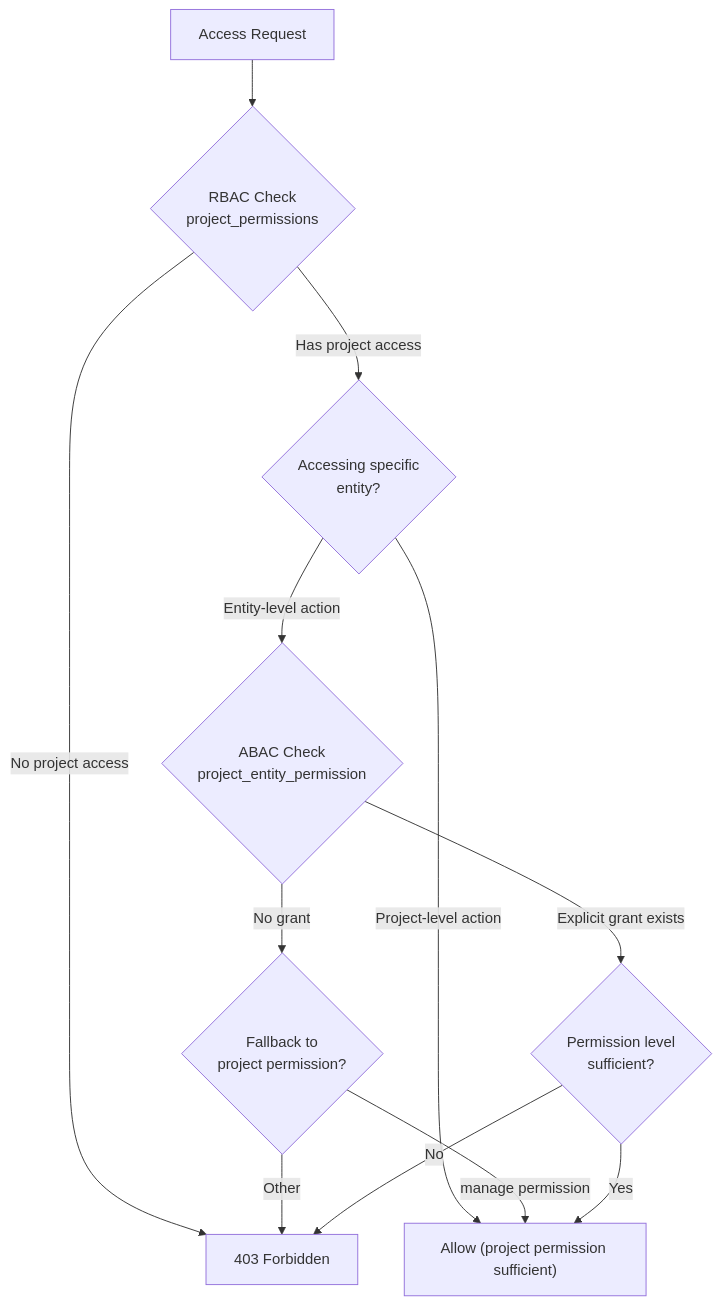
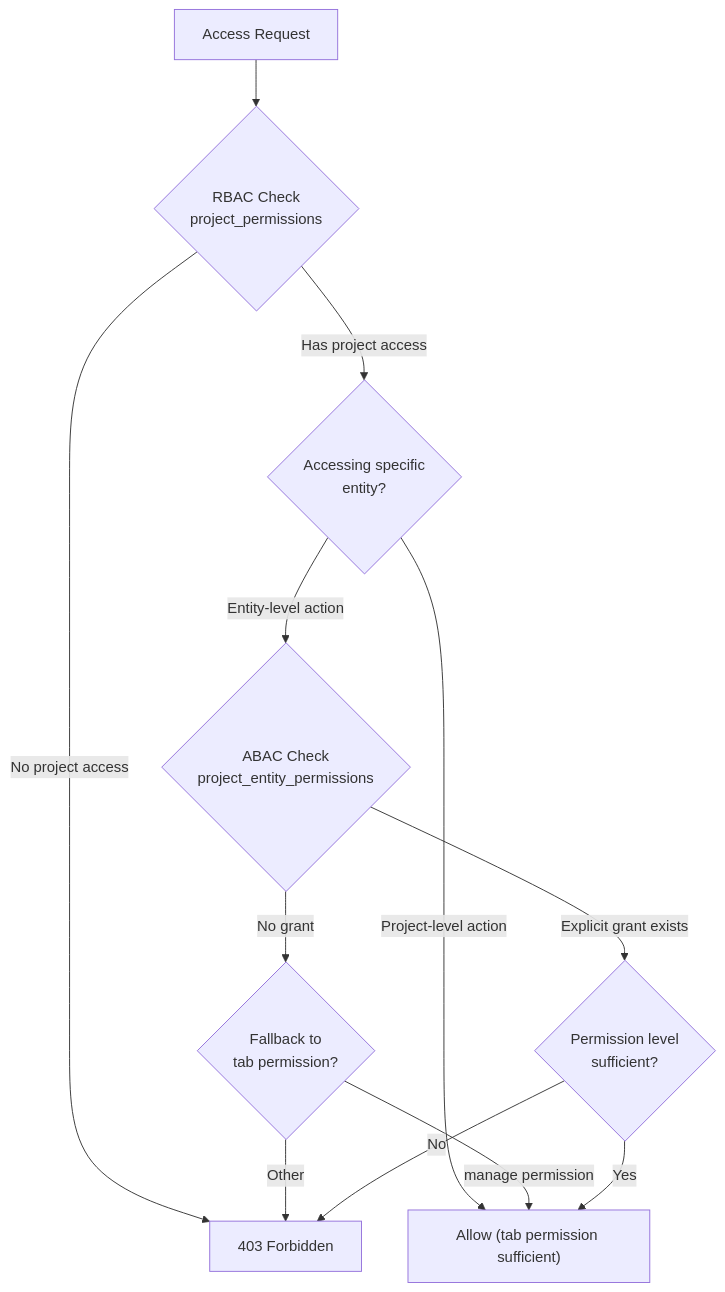
The fourth of 4 diagrams in docs/basic-design/database/database-design-projects.md (b-knowledge-solution/b-knowledge), drawn with Mermaid before and after one commit. The commit also changed other lines of this file and 5 other files, not shown here.

First line of the commit message:
docs: update all 6 database design docs to match actual migration schema

````diff
--- a/docs/basic-design/database/database-design-projects.md
+++ b/docs/basic-design/database/database-design-projects.md
@@ -172,14 +231,14 @@
 ```mermaid
 flowchart TD
     req["Access Request"] --> rbac{"RBAC Check<br/>project_permissions"}
     rbac -->|"No project access"| deny["403 Forbidden"]
     rbac -->|"Has project access"| entity{"Accessing specific<br/>entity?"}
-    entity -->|"Project-level action"| allow["Allow (project permission sufficient)"]
-    entity -->|"Entity-level action"| abac{"ABAC Check<br/>project_entity_permission"}
+    entity -->|"Project-level action"| allow["Allow (tab permission sufficient)"]
+    entity -->|"Entity-level action"| abac{"ABAC Check<br/>project_entity_permissions"}
     abac -->|"Explicit grant exists"| check_level{"Permission level<br/>sufficient?"}
-    abac -->|"No grant"| fallback{"Fallback to<br/>project permission?"}
+    abac -->|"No grant"| fallback{"Fallback to<br/>tab permission?"}
     fallback -->|"manage permission"| allow
     fallback -->|"Other"| deny
     check_level -->|"Yes"| allow
     check_level -->|"No"| deny
 ```
````
